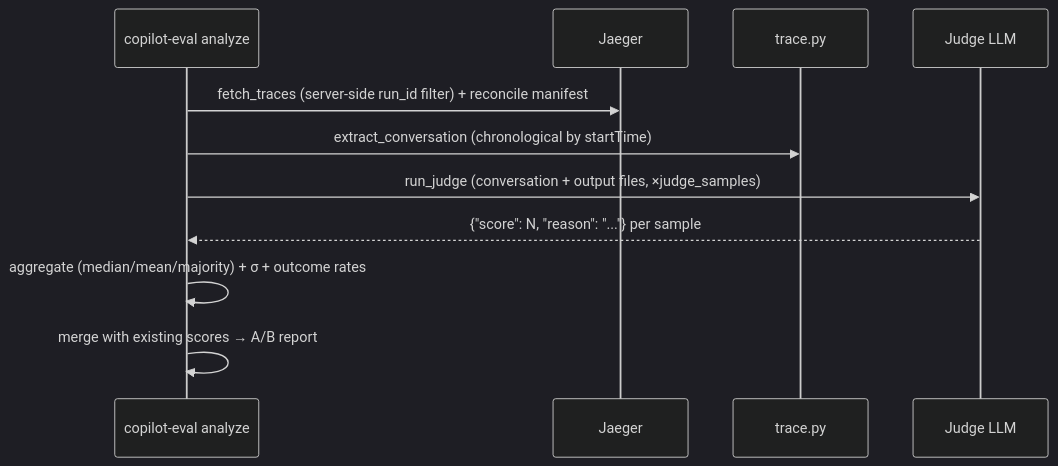
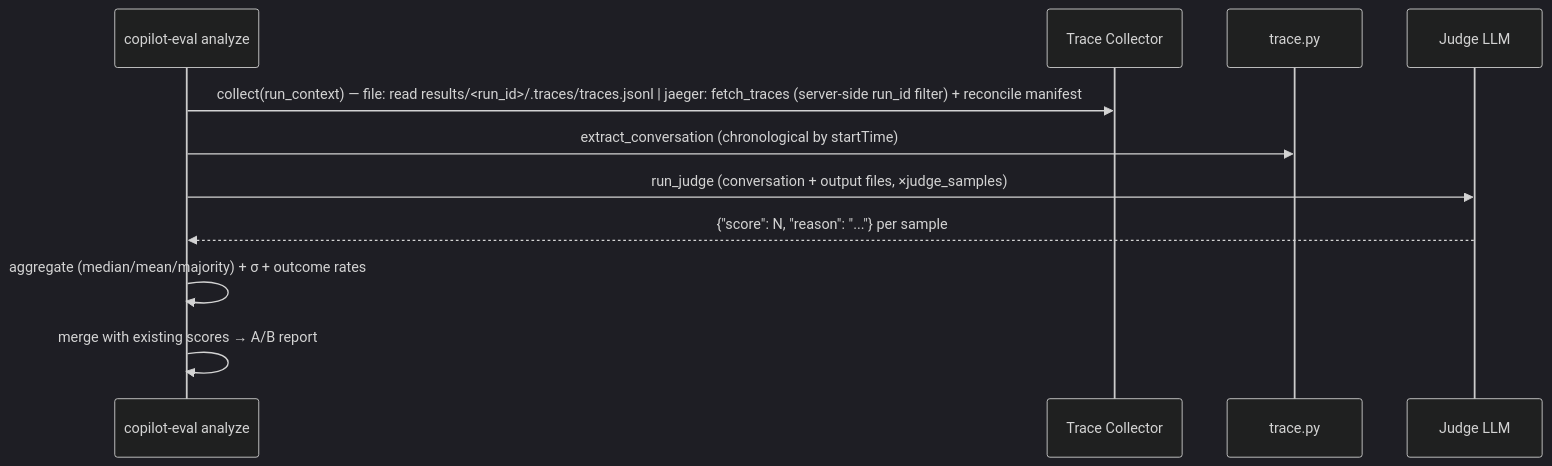
The second of 2 diagrams in docs/architecture.md (openjny/copilot-eval), drawn with Mermaid (dark theme) before and after one commit. The commit also changed other lines of this file and 16 other files, not shown here.

First line of the commit message:
feat(eval): generalize OTel architecture with Runner/Collector abstractions

````diff
--- a/docs/architecture.md
+++ b/docs/architecture.md
@@ -70,14 +73,14 @@
 ```mermaid
 sequenceDiagram
     participant CLI as copilot-eval analyze
-    participant Jaeger as Jaeger
+    participant Collector as Trace Collector
     participant Trace as trace.py
     participant Judge as Judge LLM
 
-    CLI->>Jaeger: fetch_traces (server-side run_id filter) + reconcile manifest
+    CLI->>Collector: collect(run_context) — file: read results/<run_id>/.traces/traces.jsonl | jaeger: fetch_traces (server-side run_id filter) + reconcile manifest
     CLI->>Trace: extract_conversation (chronological by startTime)
     CLI->>Judge: run_judge (conversation + output files, ×judge_samples)
     Judge-->>CLI: {"score": N, "reason": "..."} per sample
     CLI->>CLI: aggregate (median/mean/majority) + σ + outcome rates
     CLI->>CLI: merge with existing scores → A/B report
 ```
````
